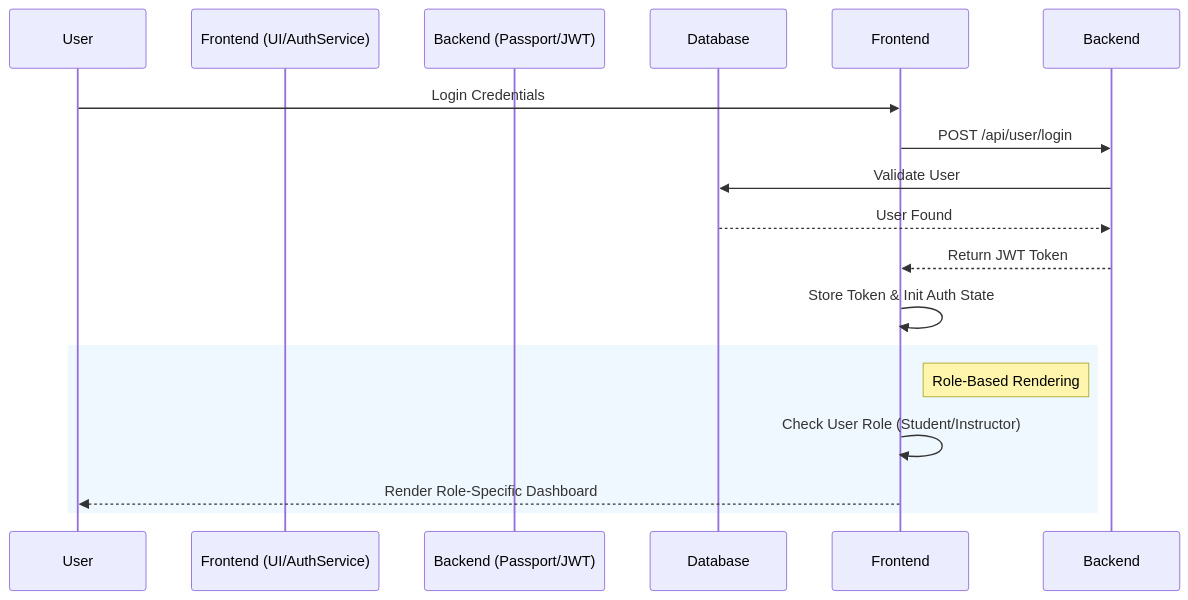
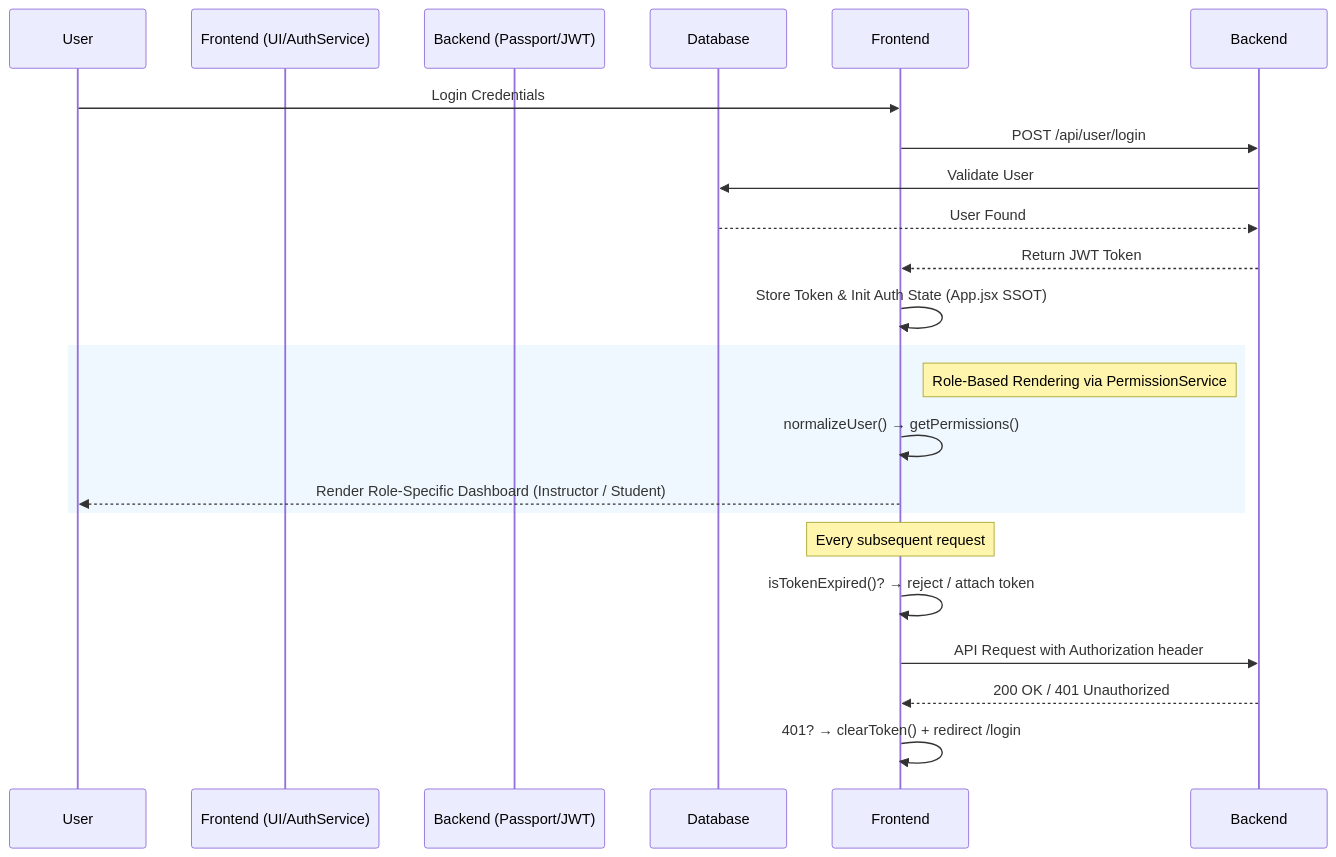
One commit to yuting813/course-management-system changed the diagram in README.md. Above: the diagram before and after it, drawn with Mermaid. The commit also changed other lines of this file and 1 other file, not shown here.

First line of the commit message:
docs: rewrite README to highlight architectural decisions and defensive design

````diff
--- a/README.md
+++ b/README.md
@@ -32,20 +101,26 @@
 ```mermaid
 sequenceDiagram
     participant User
     participant Frontend (UI/AuthService)
     participant Backend (Passport/JWT)
     participant Database
 
     User->>Frontend: Login Credentials
     Frontend->>Backend: POST /api/user/login
     Backend->>Database: Validate User
     Database-->>Backend: User Found
     Backend-->>Frontend: Return JWT Token
-    Frontend->>Frontend: Store Token & Init Auth State
+    Frontend->>Frontend: Store Token & Init Auth State (App.jsx SSOT)
 
     rect rgb(240, 248, 255)
-    note right of Frontend: Role-Based Rendering
-    Frontend->>Frontend: Check User Role (Student/Instructor)
-    Frontend-->>User: Render Role-Specific Dashboard
+    note right of Frontend: Role-Based Rendering via PermissionService
+    Frontend->>Frontend: normalizeUser() → getPermissions()
+    Frontend-->>User: Render Role-Specific Dashboard (Instructor / Student)
     end
+
+    note over Frontend: Every subsequent request
+    Frontend->>Frontend: isTokenExpired()? → reject / attach token
+    Frontend->>Backend: API Request with Authorization header
+    Backend-->>Frontend: 200 OK / 401 Unauthorized
+    Frontend->>Frontend: 401? → clearToken() + redirect /login
 ```
````
